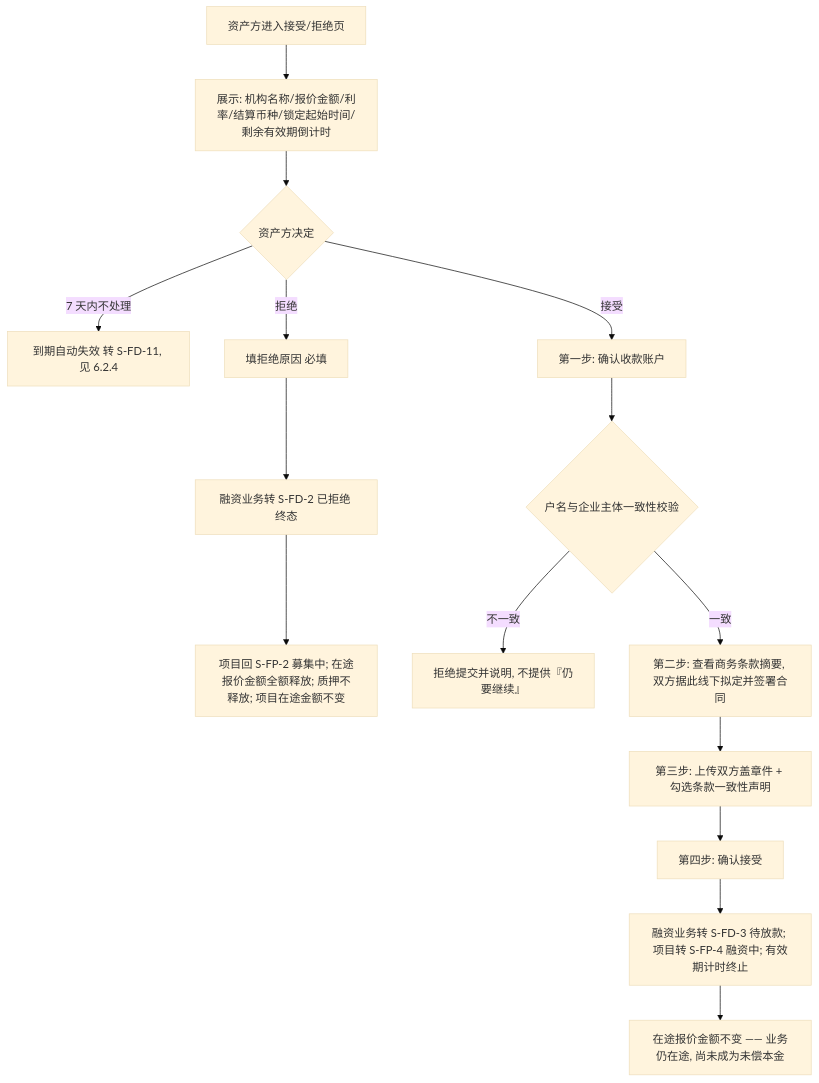
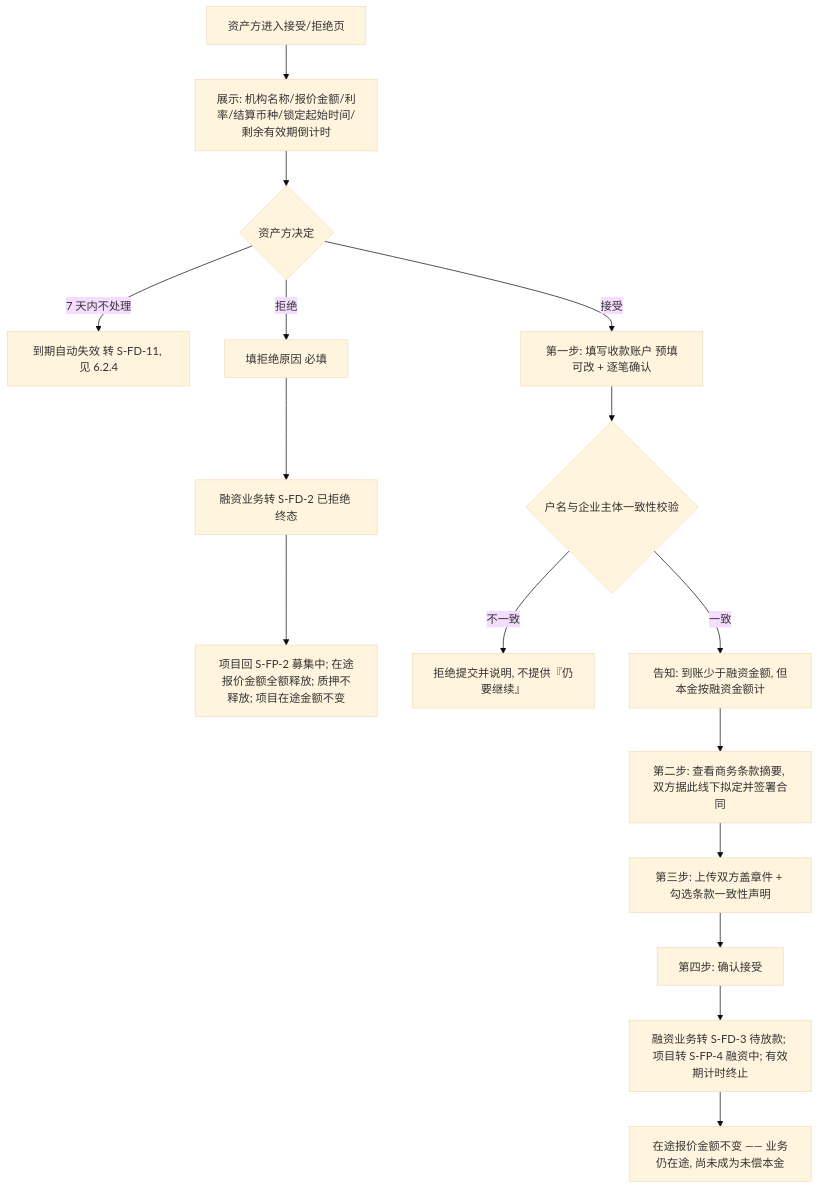
Before and after one commit to wxblockchain/Chain-Financing: the second of 3 diagrams in financial-service-platform/prd/v1.0-借贷广场-授信报价与接受拒绝/v1.0-借贷广场-授信报价与接受拒绝-PRD.md, drawn with Mermaid (base theme). The commit also changed other lines of this file and 1 other file, not shown here.

````diff
--- a/financial-service-platform/prd/v1.0-借贷广场-授信报价与接受拒绝/v1.0-借贷广场-授信报价与接受拒绝-PRD.md
+++ b/financial-service-platform/prd/v1.0-借贷广场-授信报价与接受拒绝/v1.0-借贷广场-授信报价与接受拒绝-PRD.md
@@ -176,17 +177,18 @@
 ```mermaid
 flowchart TD
   A[资产方进入接受/拒绝页] --> B[展示: 机构名称/报价金额/利率/结算币种/锁定起始时间/剩余有效期倒计时]
   B --> C{资产方决定}
   C -- 7 天内不处理 --> X[到期自动失效 转 S-FD-11, 见 6.2.4]
   C -- 拒绝 --> D[填拒绝原因 必填]
   D --> E[融资业务转 S-FD-2 已拒绝 终态]
   E --> F[项目回 S-FP-2 募集中; 在途报价金额全额释放; 质押不释放; 项目在途金额不变]
-  C -- 接受 --> G[第一步: 确认收款账户]
+  C -- 接受 --> G[第一步: 填写收款账户 预填可改 + 逐笔确认]
   G --> H{户名与企业主体一致性校验}
   H -- 不一致 --> I[拒绝提交并说明, 不提供『仍要继续』]
-  H -- 一致 --> J[第二步: 查看商务条款摘要, 双方据此线下拟定并签署合同]
+  H -- 一致 --> J1[告知: 到账少于融资金额, 但本金按融资金额计]
+  J1 --> J[第二步: 查看商务条款摘要, 双方据此线下拟定并签署合同]
   J --> K[第三步: 上传双方盖章件 + 勾选条款一致性声明]
   K --> L[第四步: 确认接受]
   L --> M[融资业务转 S-FD-3 待放款; 项目转 S-FP-4 融资中; 有效期计时终止]
   M --> N[在途报价金额不变 —— 业务仍在途, 尚未成为未偿本金]
 ```
````
